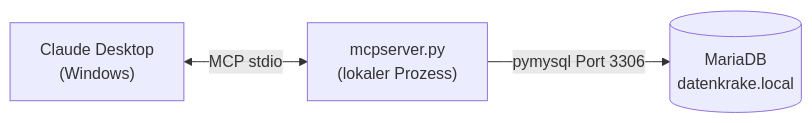
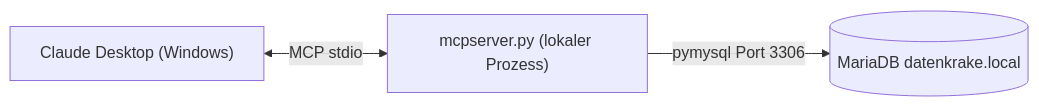
One commit to FlowTheTensor/Datenkrake changed the third of 3 diagrams in README.md. Above: the diagram before and after it, drawn with Mermaid. The commit also changed other lines of this file, not shown here.

Commit message:
readme angepasst

````diff
--- a/README.md
+++ b/README.md
@@ -222,9 +222,9 @@
 ```mermaid
 flowchart LR
-  CD["Claude Desktop\n(Windows)"]
-  MCP["mcpserver.py\n(lokaler Prozess)"]
-  DB[("MariaDB\ndatenkrake.local")]
+  CD["Claude Desktop (Windows)"]
+  MCP["mcpserver.py (lokaler Prozess)"]
+  DB[("MariaDB datenkrake.local")]
 
   CD <-->|MCP stdio| MCP
   MCP -->|pymysql Port 3306| DB
 ```
````
